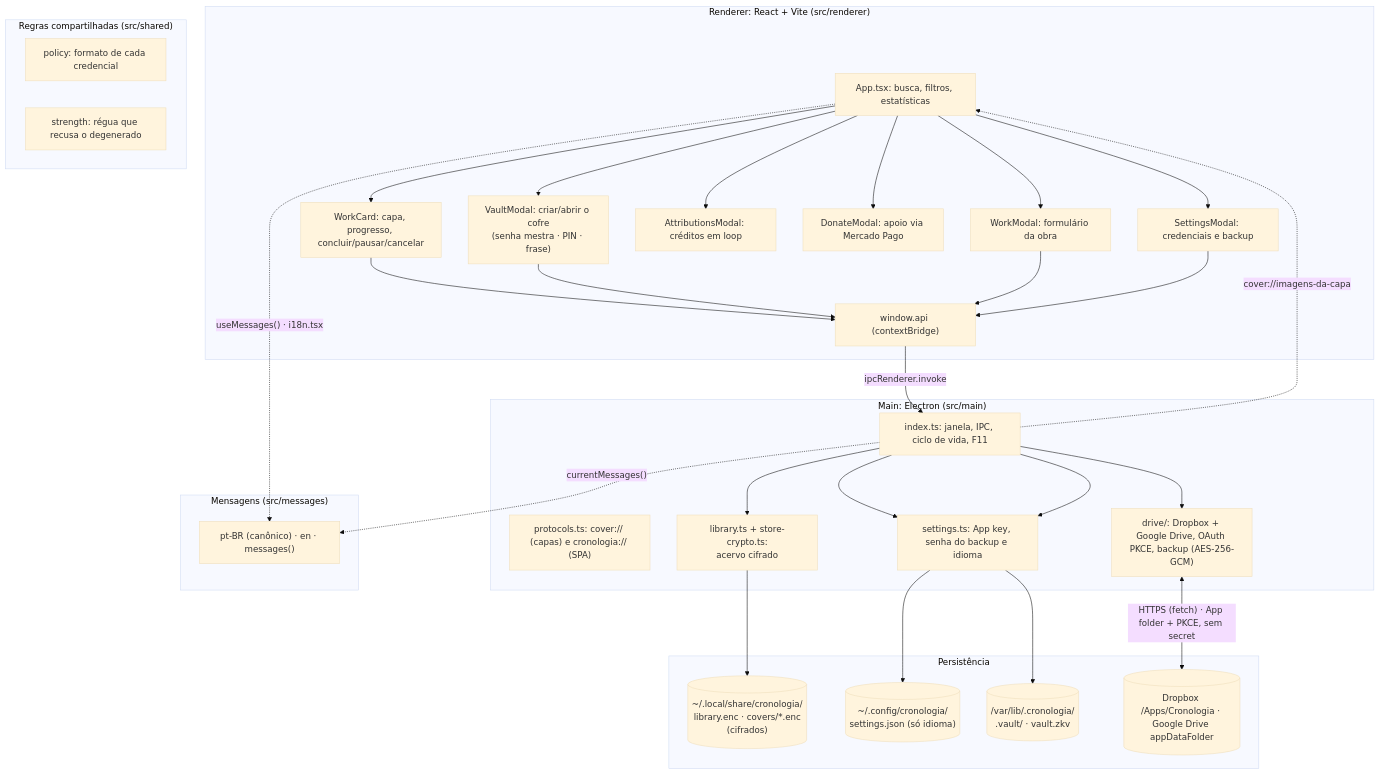
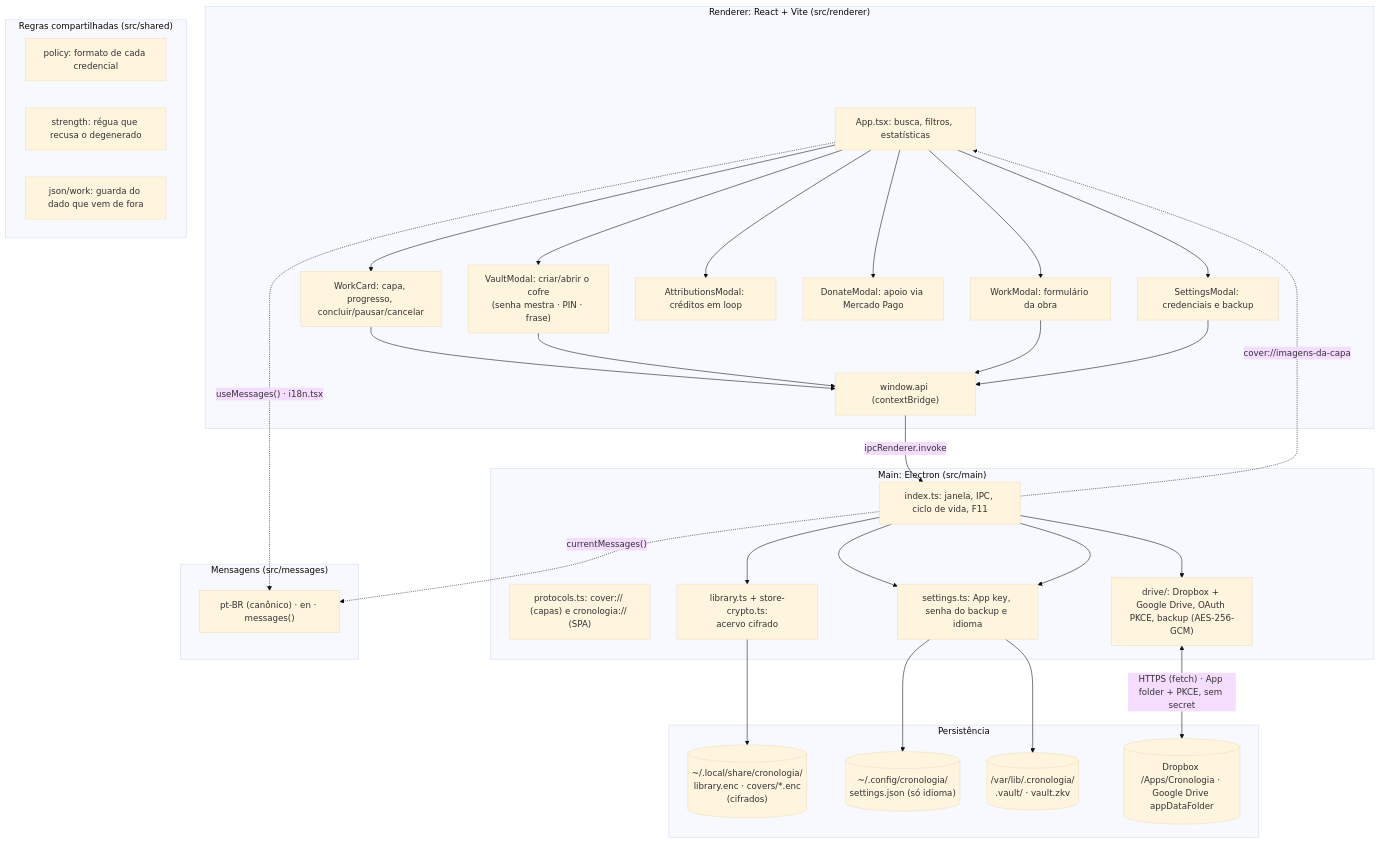
Before and after one commit to user-nome/cronologia: the first of 5 diagrams in README.md, drawn with Mermaid (base theme). The commit also changed other lines of this file and 56 other files, not shown here.

````diff
--- a/README.md
+++ b/README.md
@@ -282,57 +282,58 @@
 ```mermaid
 flowchart TD
     subgraph RENDERER["Renderer: React + Vite (src/renderer)"]
         UI1["App.tsx: busca, filtros, estatísticas"]
         UI2["WorkCard: capa, progresso, concluir/pausar/cancelar"]
         UI3["WorkModal: formulário da obra"]
         UI4["SettingsModal: credenciais e backup"]
         UI5["AttributionsModal: créditos em loop"]
         UI6["DonateModal: apoio via Mercado Pago"]
         UI7["VaultModal: criar/abrir o cofre<br/>(senha mestra · PIN · frase)"]
         BRIDGE["window.api (contextBridge)"]
         UI1 --> UI2
         UI1 --> UI3
         UI1 --> UI4
         UI1 --> UI5
         UI1 --> UI6
         UI1 --> UI7
         UI2 --> BRIDGE
         UI7 --> BRIDGE
         UI3 --> BRIDGE
         UI4 --> BRIDGE
     end
 
     subgraph MAIN["Main: Electron (src/main)"]
         IDX["index.ts: janela, IPC, ciclo de vida, F11"]
         PRT["protocols.ts: cover:// (capas) e cronologia:// (SPA)"]
         LIB["library.ts + store-crypto.ts:<br/>acervo cifrado"]
         SET["settings.ts: App key, senha do backup e idioma"]
         DRV["drive/: Dropbox + Google Drive, OAuth PKCE, backup (AES-256-GCM)"]
     end
 
     subgraph SHARED["Regras compartilhadas (src/shared)"]
         S1["policy: formato de cada credencial"]
         S2["strength: régua que recusa o degenerado"]
+        S3["json/work: guarda do dado que vem de fora"]
     end
 
     subgraph MSG["Mensagens (src/messages)"]
         M1["pt-BR (canônico) · en · messages()"]
     end
 
     subgraph STORAGE["Persistência"]
         LOKAL[("~/.local/share/cronologia/<br/>library.enc · covers/*.enc<br/>(cifrados)")]
         CFG[("~/.config/cronologia/<br/>settings.json (só idioma)")]
         VAULT[("/var/lib/.cronologia/<br/>.vault/ · vault.zkv")]
         DRIVE[("Dropbox /Apps/Cronologia · Google Drive appDataFolder")]
     end
 
     BRIDGE -->|"ipcRenderer.invoke"| IDX
     IDX --> LIB --> LOKAL
     IDX --> SET --> CFG
     IDX --> SET --> VAULT
     IDX --> DRV
     DRV <-->|"HTTPS (fetch) · App folder + PKCE, sem secret"| DRIVE
     IDX -.->|"cover://imagens-da-capa"| UI1
     UI1 -.->|"useMessages() · i18n.tsx"| M1
     IDX -.->|"currentMessages()"| M1
 ```
````
